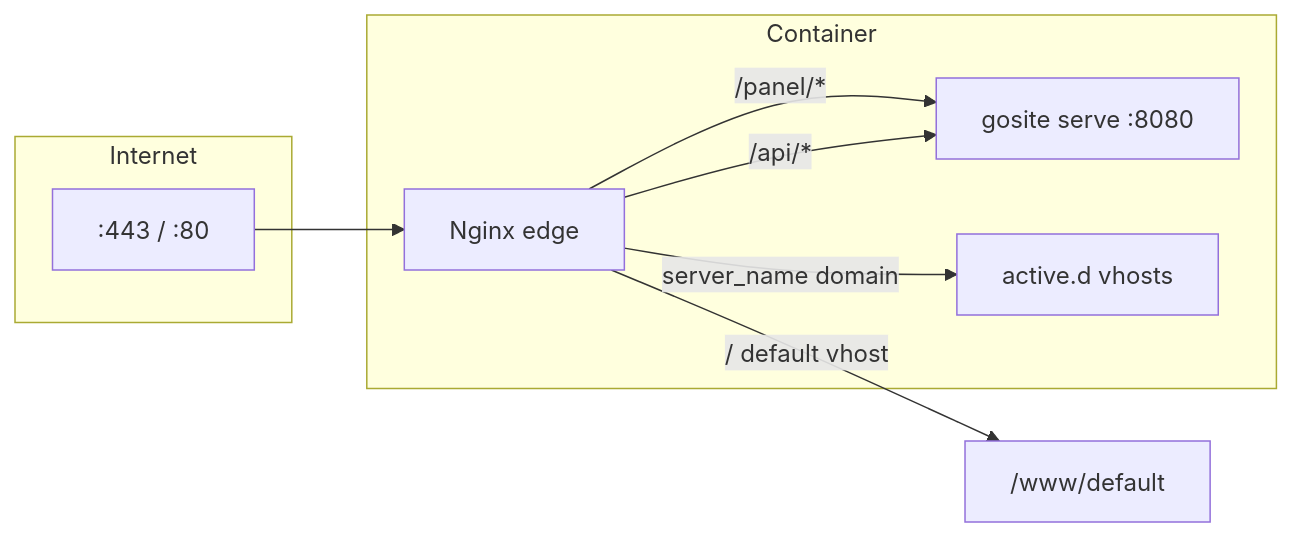
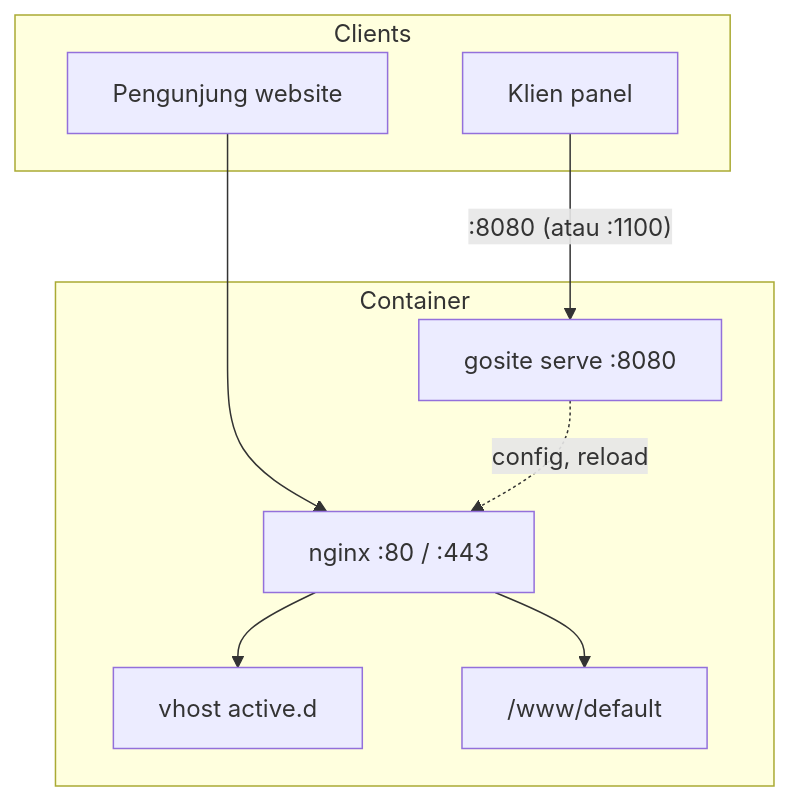
One commit to jahrulnr/GoSite changed the diagram in docs/sequences/02-tls-proxy_id.md. Above: the diagram before and after it, drawn with Mermaid. The commit also changed other lines of this file and 11 other files, not shown here.

First line of the commit message:
docs: fix traffic model — panel :8080 parallel to nginx websites

````diff
--- a/docs/sequences/02-tls-proxy_id.md
+++ b/docs/sequences/02-tls-proxy_id.md
@@ -7,18 +9,20 @@
 ```mermaid
-flowchart LR
-    subgraph Internet
-        P443[":443 / :80"]
+flowchart TB
+    subgraph Clients
+        Panel["Klien panel"]
+        Visitor["Pengunjung website"]
     end
 
     subgraph Container
-        NGX[Nginx edge]
         APP["gosite serve :8080"]
-        VHOST["active.d vhosts"]
+        NGX["nginx :80 / :443"]
+        VHOST["vhost active.d"]
+        WWW["/www/default"]
     end
 
-    P443 --> NGX
-    NGX -->|"/panel/*"| APP
-    NGX -->|"/api/*"| APP
-    NGX -->|server_name domain| VHOST
-    NGX -->|"/ default vhost"| WWW["/www/default"]
+    Panel -->|":8080 (atau :1100)"| APP
+    Visitor --> NGX
+    NGX --> VHOST
+    NGX --> WWW
+    APP -.->|"config, reload"| NGX
 ```
````
